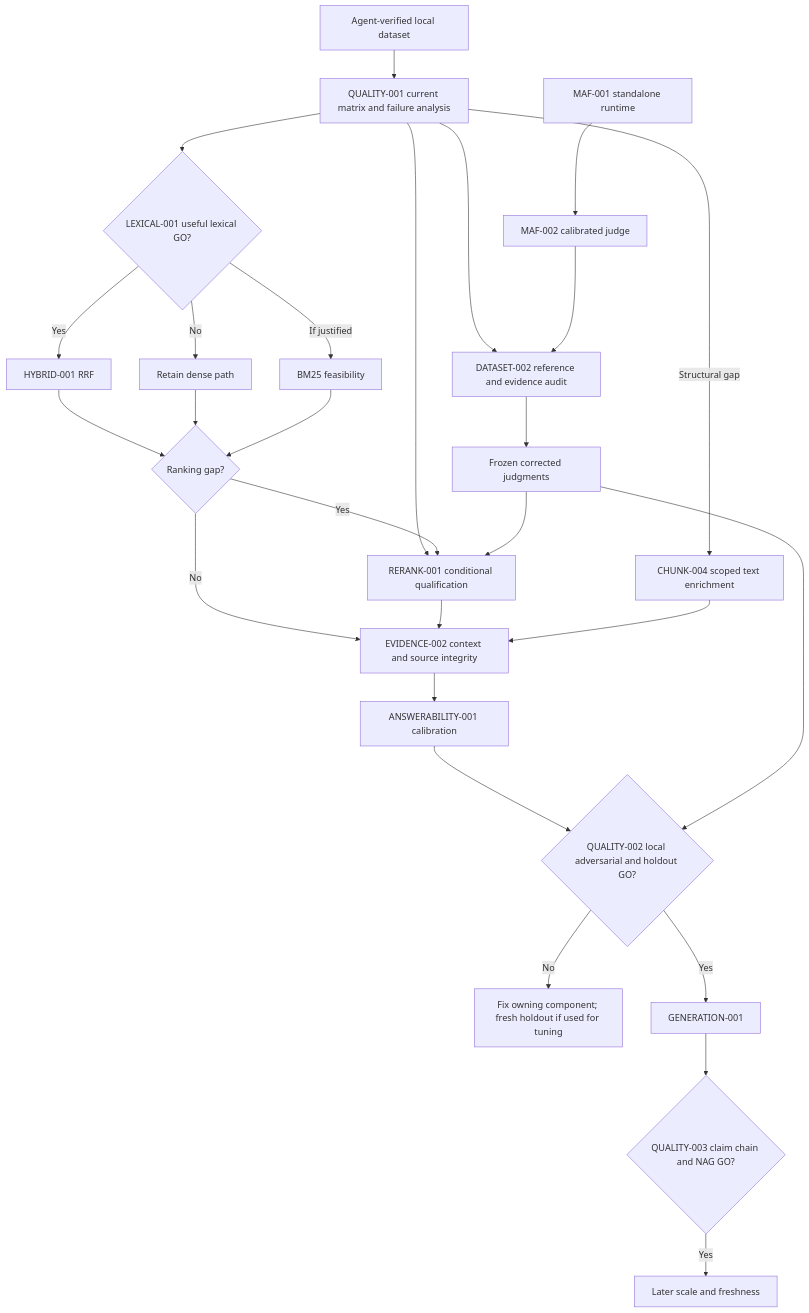
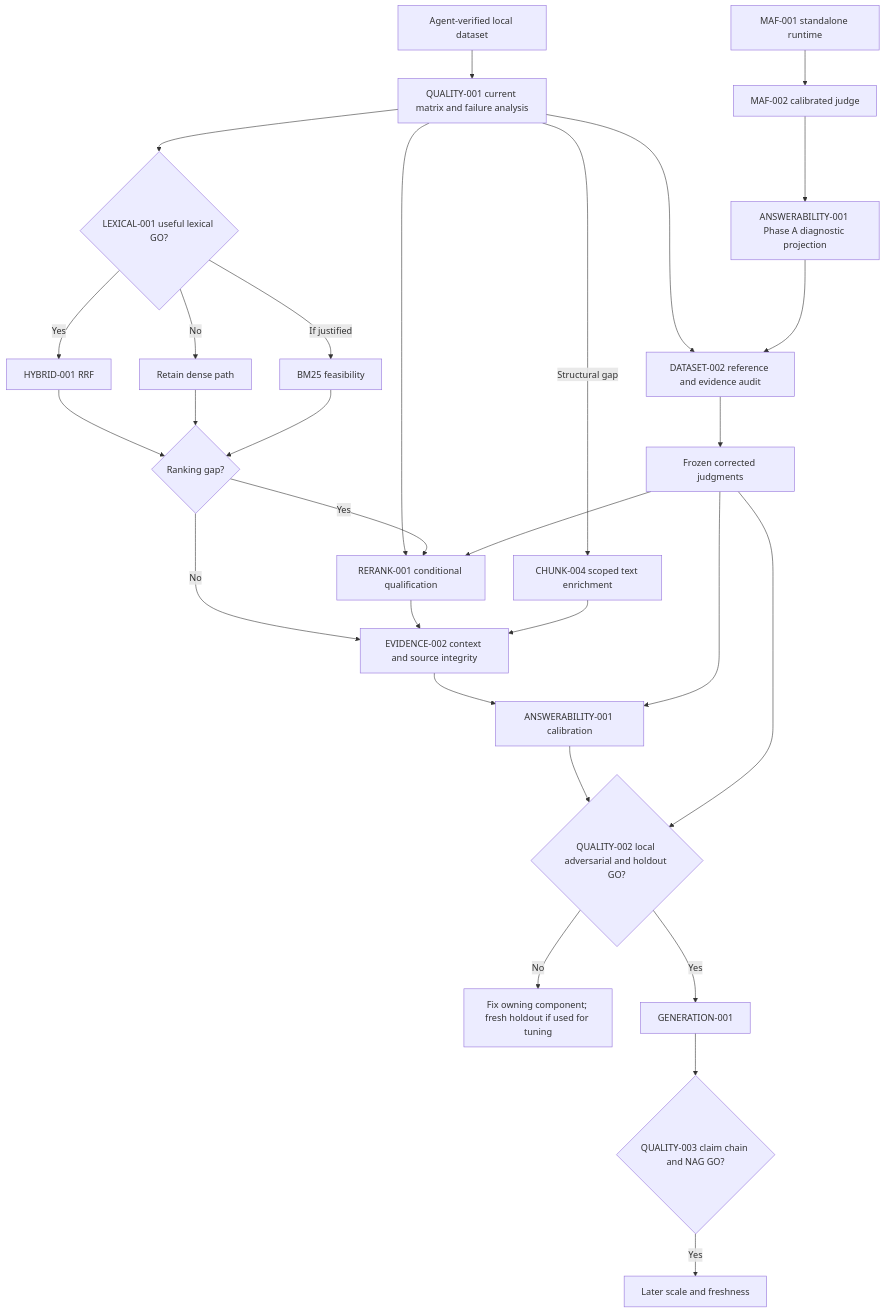
Before and after one commit to VibeInAMajor/rag-experiment: the diagram in tasks/quality/IMPLEMENTATION_ORDER.md, drawn with Mermaid. The commit also changed other lines of this file and 3 other files, not shown here.

Commit message:
docs(quality): specify answerability projection and cloud judge capacity amendment

````diff
--- a/tasks/quality/IMPLEMENTATION_ORDER.md
+++ b/tasks/quality/IMPLEMENTATION_ORDER.md
@@ -60,29 +65,31 @@
 ```mermaid
 flowchart TD
     data[Agent-verified local dataset] --> baseline[QUALITY-001 current matrix and failure analysis]
     baseline --> lexical{LEXICAL-001 useful lexical GO?}
     baseline --> audit[DATASET-002 reference and evidence audit]
     maf[MAF-001 standalone runtime] --> judge[MAF-002 calibrated judge]
-    judge --> audit
+    judge --> projection[ANSWERABILITY-001 Phase A diagnostic projection]
+    projection --> audit
     audit --> judgments[Frozen corrected judgments]
     baseline --> rr[RERANK-001 dense-only qualification]
     lexical -->|Yes| hybrid[HYBRID-001 RRF]
     lexical -->|No| dense[Retain dense path]
     lexical -->|If justified| bm[BM25 feasibility]
     hybrid --> ranking{Ranking gap?}
     dense --> ranking
     bm --> ranking
     ranking -->|Yes| rr[RERANK-001 conditional qualification]
     baseline -->|Structural gap| chunk[CHUNK-004 scoped text enrichment]
     ranking -->|No| context[EVIDENCE-002 context and source integrity]
     rr --> context
     chunk --> context
     context --> abstain[ANSWERABILITY-001 calibration]
     abstain --> gate{QUALITY-002 local adversarial and holdout GO?}
+    judgments --> abstain
     judgments --> gate
     judgments --> rr
     gate -->|No| fix[Fix owning component; fresh holdout if used for tuning]
     gate -->|Yes| generation[GENERATION-001]
     generation --> answers{QUALITY-003 claim chain and NAG GO?}
     answers -->|Yes| scale[Later scale and freshness]
 ```
````
